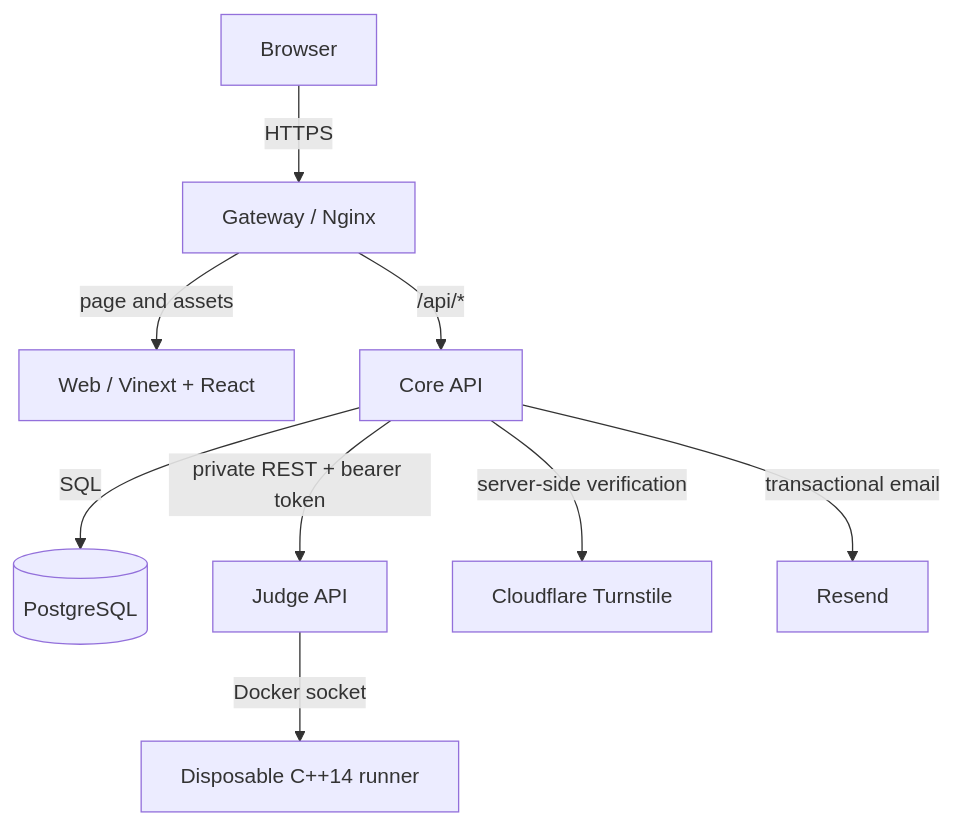
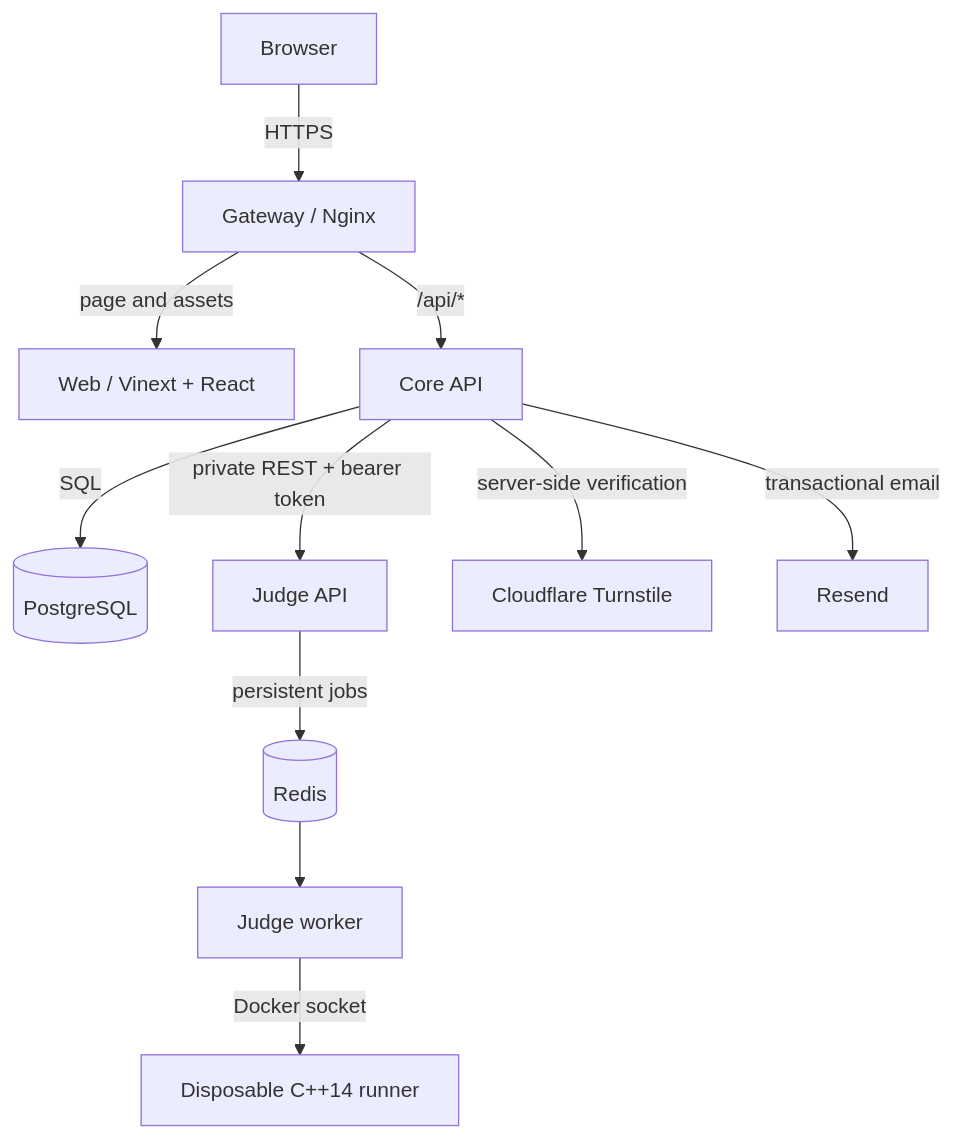
The first of 3 diagrams in docs/ARCHITECTURE.md (intqwq/AlgoQuest), drawn with Mermaid before and after one commit. The commit also changed other lines of this file and 58 other files, not shown here.

Commit message:
Complete architecture, test, security, and operations hardening

````diff
--- a/docs/ARCHITECTURE.md
+++ b/docs/ARCHITECTURE.md
@@ -9,11 +9,13 @@
 ```mermaid
 flowchart TD
     B["Browser"] -->|HTTPS| G["Gateway / Nginx"]
     G -->|page and assets| W["Web / Vinext + React"]
     G -->|/api/*| A["Core API"]
     A -->|SQL| D[("PostgreSQL")]
     A -->|private REST + bearer token| J["Judge API"]
-    J -->|Docker socket| R["Disposable C++14 runner"]
+    J -->|persistent jobs| Q[("Redis")]
+    Q --> K["Judge worker"]
+    K -->|Docker socket| R["Disposable C++14 runner"]
     A -->|server-side verification| T["Cloudflare Turnstile"]
     A -->|transactional email| E["Resend"]
 ```
````
